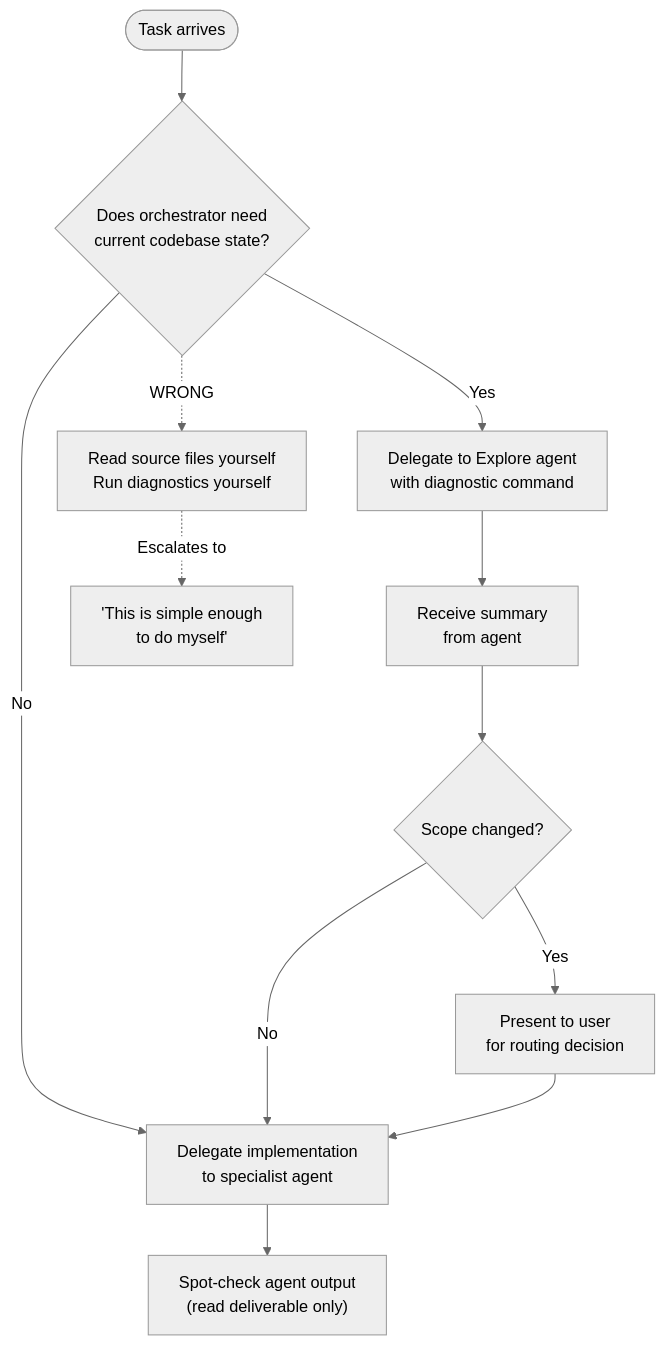
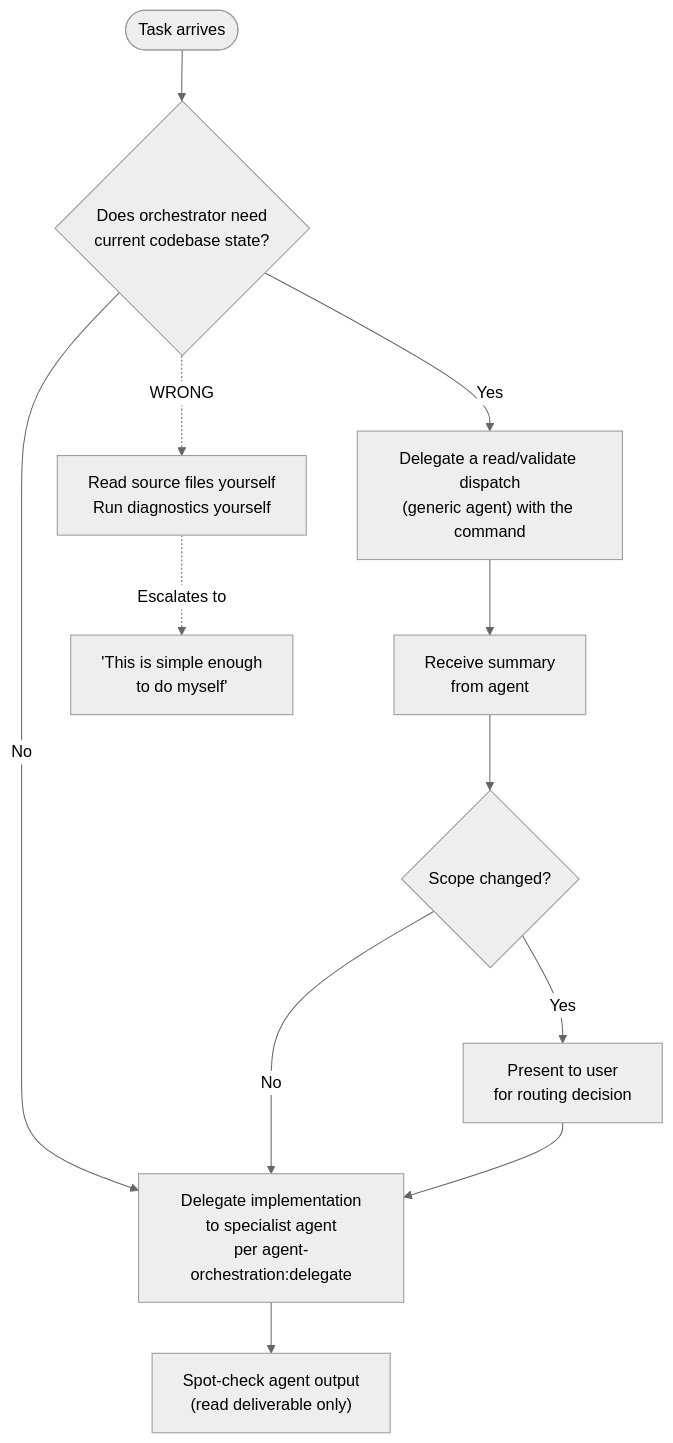
Before and after one commit to Jamie-BitFlight/claude_skills: the diagram in plugins/orchestrator-discipline/skills/orchestrator-discipline/SKILL.md, drawn with Mermaid (neutral theme). The commit also changed 71 other files, not shown here.

First line of the commit message:
feat(agent-orchestration): consolidate delegation into delegate + parallel-work (#3422)

````diff
--- a/plugins/orchestrator-discipline/skills/orchestrator-discipline/SKILL.md
+++ b/plugins/orchestrator-discipline/skills/orchestrator-discipline/SKILL.md
@@ -51,15 +51,15 @@
 ```mermaid
 flowchart TD
     Start([Task arrives]) --> Q1{Does orchestrator need<br>current codebase state?}
-    Q1 -->|Yes| Explore["Delegate to Explore agent<br>with diagnostic command"]
-    Q1 -->|No| Direct[Delegate implementation<br>to specialist agent]
+    Q1 -->|Yes| Explore["Delegate a read/validate dispatch<br>(generic agent) with the command"]
+    Q1 -->|No| Direct["Delegate implementation<br>to specialist agent<br>per agent-orchestration:delegate"]
     Explore --> Summary[Receive summary<br>from agent]
     Summary --> Q2{Scope changed?}
     Q2 -->|Yes| User[Present to user<br>for routing decision]
     Q2 -->|No| Direct
     User --> Direct
     Direct --> PostCheck["Spot-check agent output<br>(read deliverable only)"]
 
     Q1 -.->|WRONG| Self["Read source files yourself<br>Run diagnostics yourself"]
     Self -.->|Escalates to| Bypass["'This is simple enough<br>to do myself'"]
 ```
````
